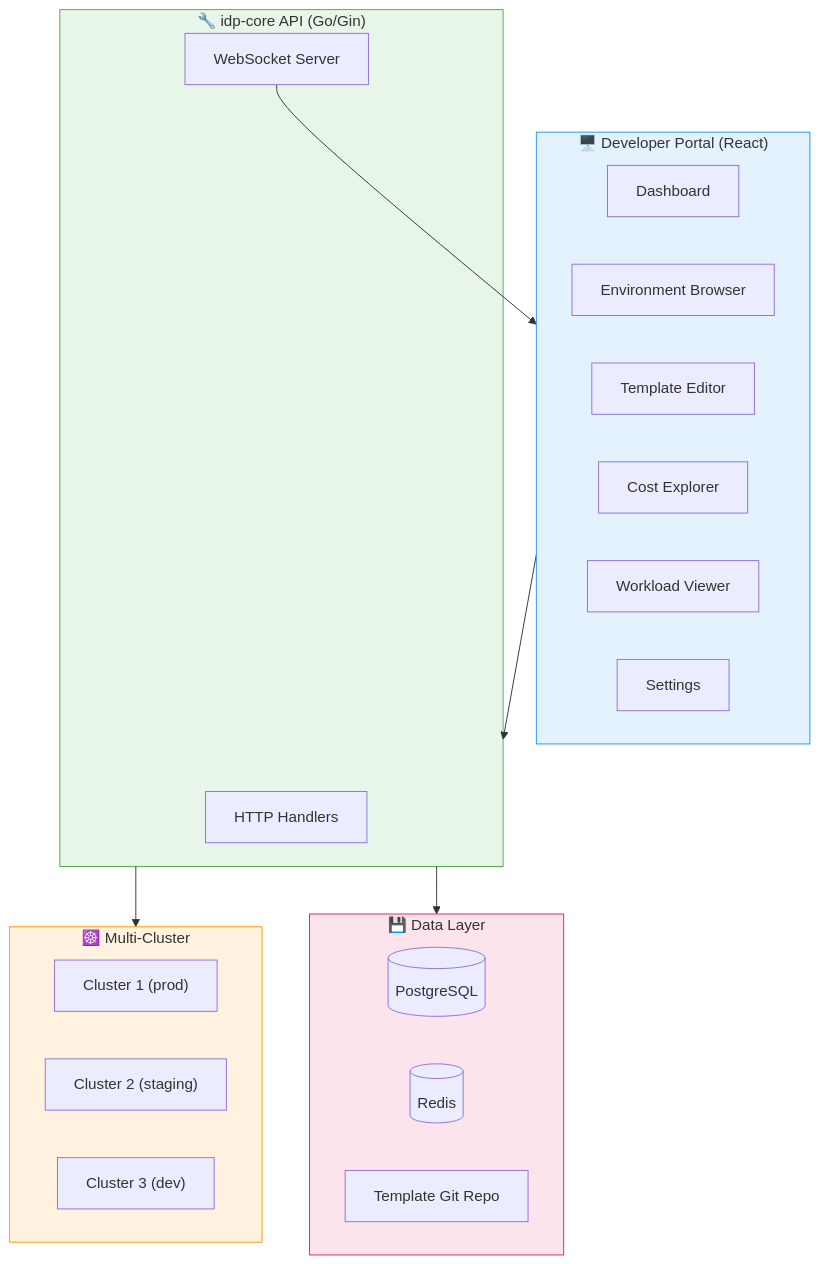
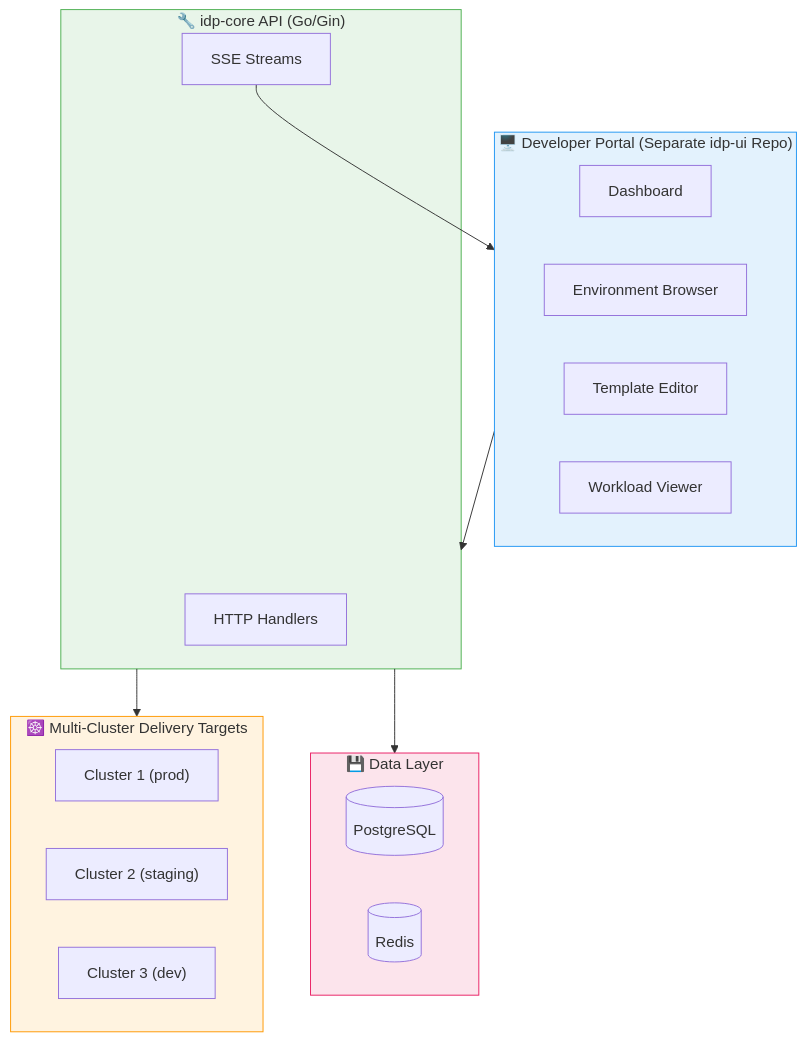
One commit to davidsugianto/idp-core changed the diagram in docs/prd/PRD_PHASE_3.md. Above: the diagram before and after it, drawn with Mermaid. The commit also changed other lines of this file and 2 other files, not shown here.

````diff
--- a/docs/prd/PRD_PHASE_3.md
+++ b/docs/prd/PRD_PHASE_3.md
@@ -29,38 +30,35 @@
 ```mermaid
 flowchart TB
-    subgraph Frontend ["🖥️ Developer Portal (React)"]
+    subgraph Frontend ["🖥️ Developer Portal (Separate idp-ui Repo)"]
         Dashboard["Dashboard"]
         EnvBrowser["Environment Browser"]
         TemplateEditor["Template Editor"]
-        CostExplorer["Cost Explorer"]
         WorkloadViewer["Workload Viewer"]
-        Settings["Settings"]
     end
 
     subgraph API ["🔧 idp-core API (Go/Gin)"]
         HTTP["HTTP Handlers"]
-        WS["WebSocket Server"]
+        SSE["SSE Streams"]
     end
 
-    subgraph Clusters ["☸️ Multi-Cluster"]
+    subgraph Clusters ["☸️ Multi-Cluster Delivery Targets"]
         Cluster1["Cluster 1 (prod)"]
         Cluster2["Cluster 2 (staging)"]
         Cluster3["Cluster 3 (dev)"]
     end
 
     subgraph Storage ["💾 Data Layer"]
         DB[(PostgreSQL)]
         Redis[(Redis)]
-        Git["Template Git Repo"]
     end
 
     Frontend --> API
     API --> Clusters
     API --> Storage
-    WS --> Frontend
+    SSE --> Frontend
 
     style Frontend fill:#e3f2fd,stroke:#2196f3
     style API fill:#e8f5e9,stroke:#4caf50
     style Clusters fill:#fff3e0,stroke:#ff9800
     style Storage fill:#fce4ec,stroke:#e91e63
 ```
````
